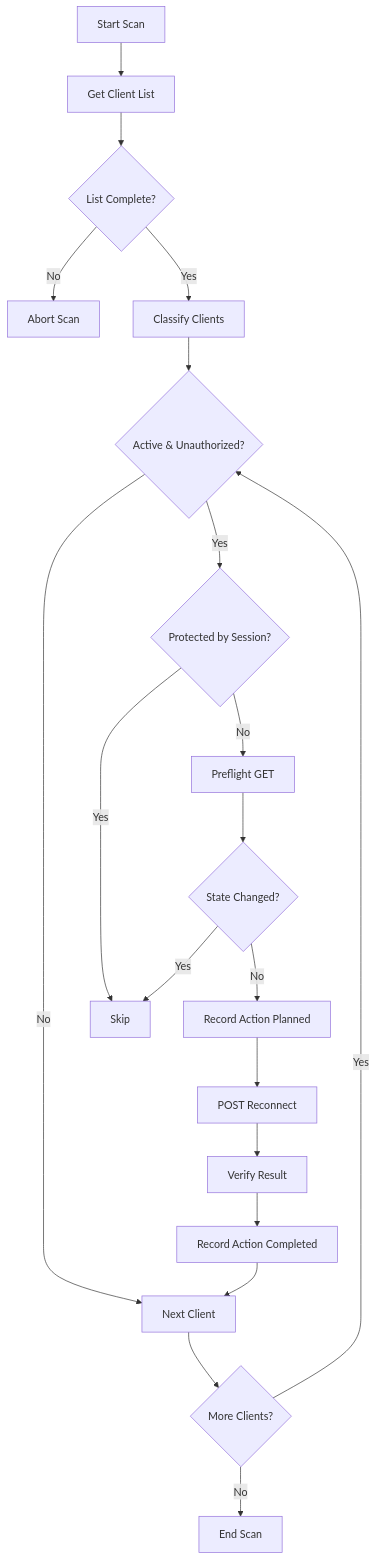
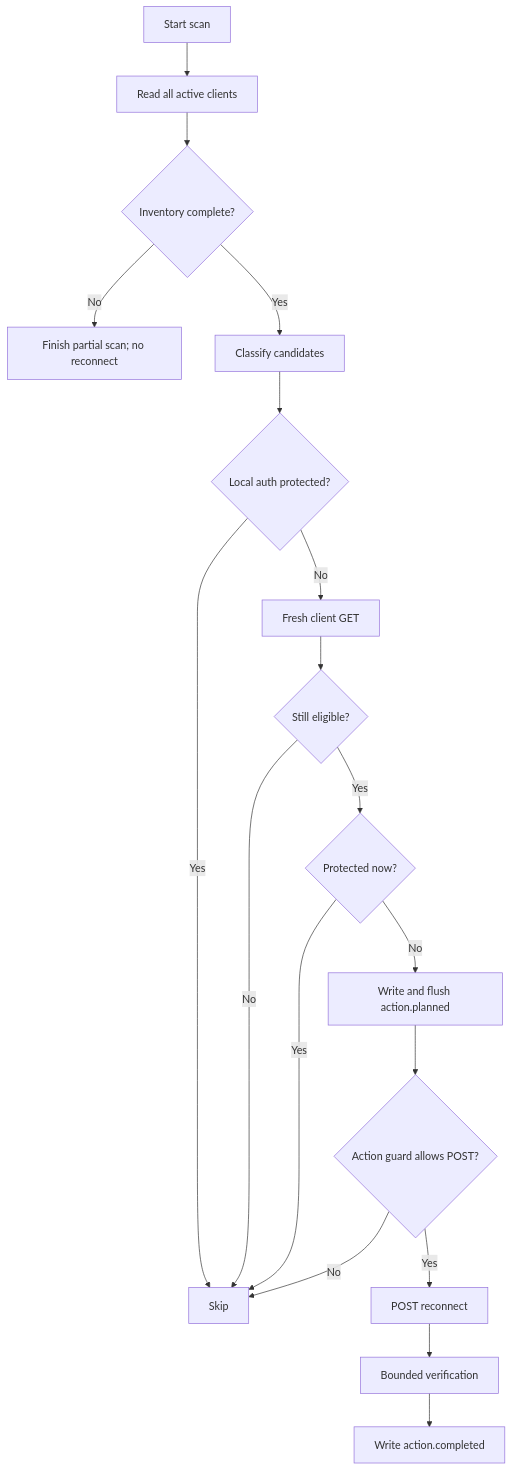
The third of 3 diagrams in README.md (ZaurNavi/CaptivePortal), drawn with Mermaid before and after one commit. The commit also changed other lines of this file, not shown here.

````diff
--- a/README.md
+++ b/README.md
@@ -312,27 +202,23 @@
 ```mermaid
 flowchart TD
-    Start[Start Scan] --> GetList[Get Client List]
-    GetList --> Validate{List Complete?}
-    Validate -- No --> StopScan[Abort Scan]
-    Validate -- Yes --> Classify[Classify Clients]
-    
-    Classify --> Filter{Active & Unauthorized?}
-    Filter -- No --> NextClient[Next Client]
-    Filter -- Yes --> CheckProtect{Protected by Session?}
-    
-    CheckProtect -- Yes --> Skip[Skip]
-    CheckProtect -- No --> Preflight[Preflight GET]
-    
-    Preflight --> CheckAgain{State Changed?}
-    CheckAgain -- Yes --> Skip
-    CheckAgain -- No --> Audit[Record Action Planned]
-    
-    Audit --> PostReconnect[POST Reconnect]
-    PostReconnect --> Verify[Verify Result]
-    Verify --> LogResult[Record Action Completed]
-    
-    LogResult --> NextClient
-    NextClient --> More{More Clients?}
-    More -- Yes --> Filter
-    More -- No --> Finish[End Scan]
+    Start[Start scan] --> List[Read all active clients]
+    List --> Complete{Inventory complete?}
+    Complete -- No --> Partial[Finish partial scan; no reconnect]
+    Complete -- Yes --> Classify[Classify candidates]
+
+    Classify --> Protect1{Local auth protected?}
+    Protect1 -- Yes --> Skip[Skip]
+    Protect1 -- No --> Preflight[Fresh client GET]
+
+    Preflight --> Eligible{Still eligible?}
+    Eligible -- No --> Skip
+    Eligible -- Yes --> Protect2{Protected now?}
+
+    Protect2 -- Yes --> Skip
+    Protect2 -- No --> Audit[Write and flush action.planned]
+    Audit --> Guard{Action guard allows POST?}
+    Guard -- No --> Skip
+    Guard -- Yes --> Reconnect[POST reconnect]
+    Reconnect --> Verify[Bounded verification]
+    Verify --> CompleteAction[Write action.completed]
 ```
````
